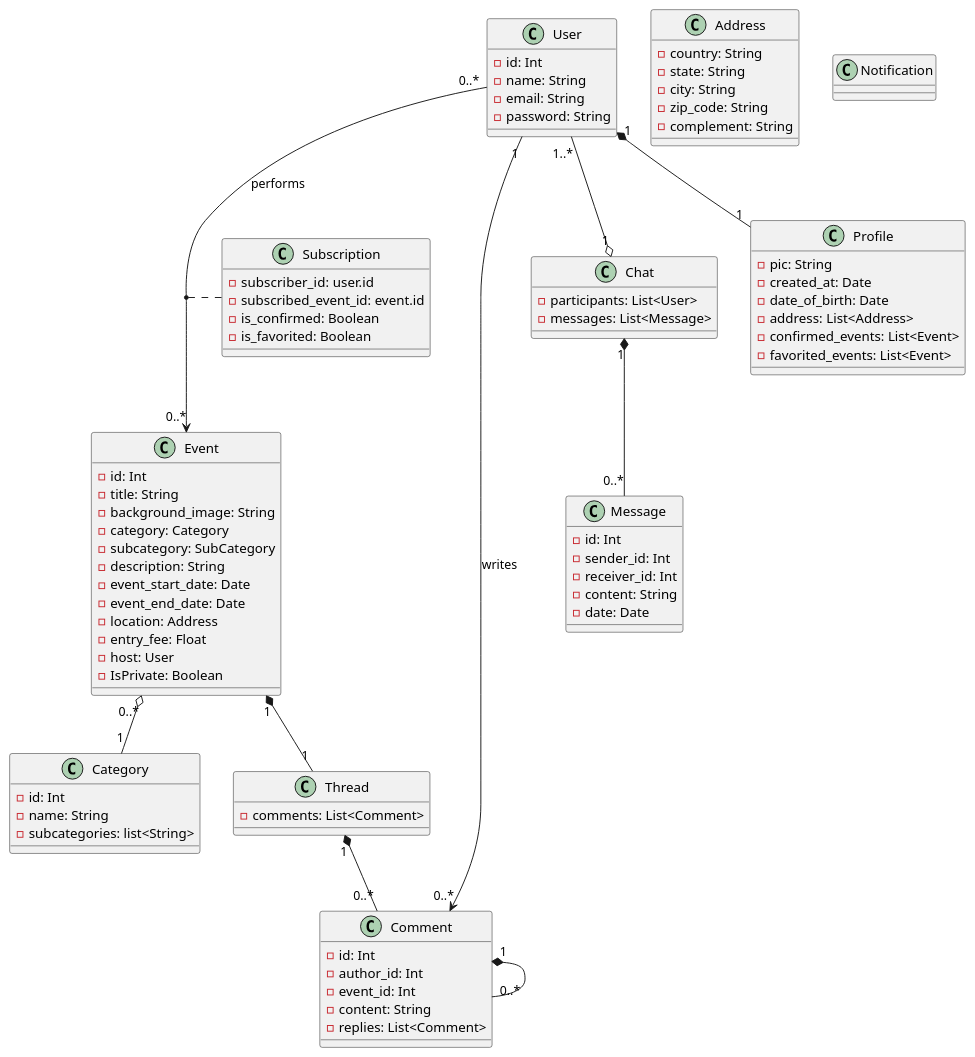
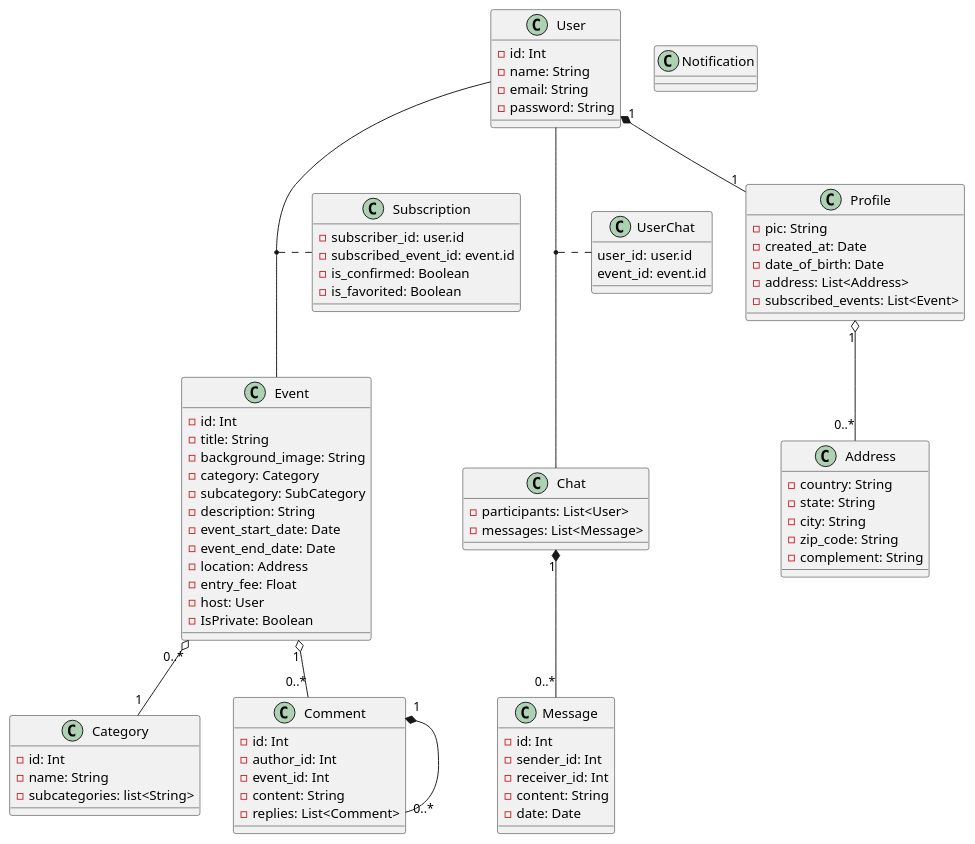
Before and after one commit to tiago001pessoa/EventHub-API: the diagram in class-diagram.puml, drawn with PlantUML. The commit also changed 2 other files, not shown here.

Commit message:
Remove Subcategory table and turn it into attribute of Category. Add Chat, UserChat and Profile tables. Add auto-relationship for Comment (replies).

```diff
--- a/class-diagram.puml
+++ b/class-diagram.puml
@@ -1,99 +1,100 @@
 @startuml
 
 class User {
     - id: Int
     - name: String
     - email: String
     - password: String
 }
 
 class Event {
     - id: Int
     - title: String
     - background_image: String
     - category: Category
     - subcategory: SubCategory
     - description: String
     - event_start_date: Date
     - event_end_date: Date
     - location: Address
     - entry_fee: Float
     - host: User
     - IsPrivate: Boolean
 }
 
 class Category {
     -id: Int
     -name: String
     -subcategories: list<String>
 }
 
 
 class Subscription {
     -subscriber_id: user.id
     -subscribed_event_id: event.id
     -is_confirmed: Boolean
     -is_favorited: Boolean 
 }
 
+class UserChat {
+    user_id: user.id
+    event_id: event.id
+}
+
 class Message {
     -id: Int
     -sender_id: Int
     -receiver_id: Int
     -content: String   
     -date: Date
 }
 
-class Thread {
-    -comments: List<Comment>
-}
 
 class Comment {
     -id: Int
     -author_id: Int
     -event_id: Int
     -content: String
     -replies: List<Comment>
 }
 
 class Address {
     - country: String
     - state: String
     - city: String
     - zip_code: String
     - complement: String
 }
 
 class Chat {
     -participants: List<User>
     -messages: List<Message>
 }
 
+
+
 class Profile {
     -pic: String
     -created_at: Date
     -date_of_birth: Date
     -address: List<Address>
-    -confirmed_events: List<Event>
-    -favorited_events: List<Event>
+    -subscribed_events: List<Event>
 }
 
 class Notification {
 
 }
 
 
 
-User "0..*" --> "0..*" Event : performs
 (User, Event) .. Subscription
-User "1..*" --o "1" Chat
+(User, Chat) .. UserChat
+Event "1" o-- "0..*" Comment
 Chat "1" *-- "0..*" Message
-User "1" --> "0..*" Comment: writes
 Event "0..*" o-- "1" Category
-Event "1"  *-- "1" Thread
-Thread "1"  *-- "0..*" Comment
 Comment "1" *-- "0..*" Comment
 User "1" *-- "1" Profile
+Profile "1" o-- "0..*" Address
 
 
 @enduml
```
